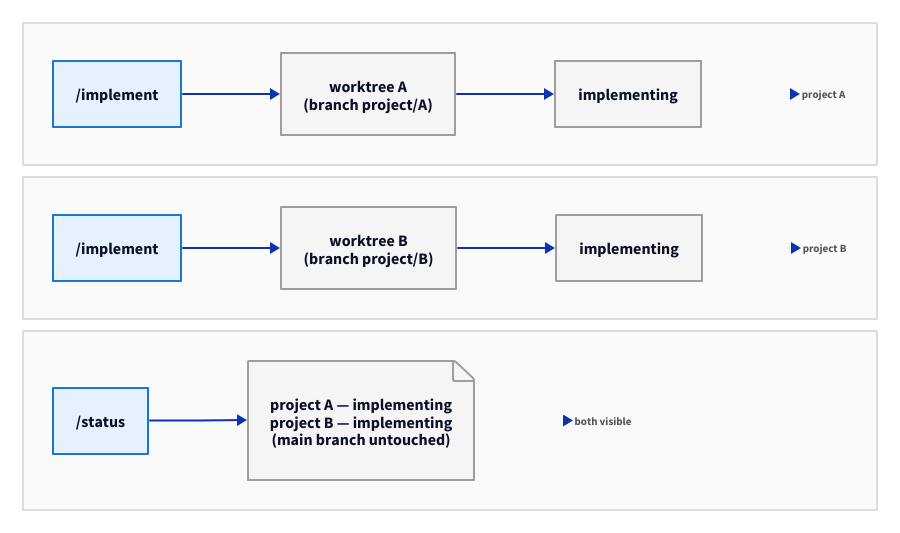
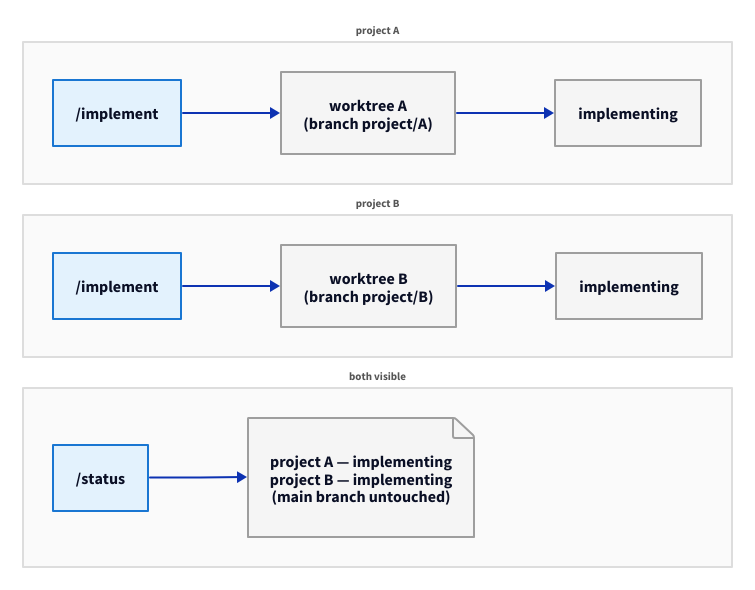
Before and after one commit to bcokert/command-init-orchestrator: the diagram in docs/diagrams/concurrent-projects.d2, drawn with D2. The commit also changed 13 other files, not shown here.

First line of the commit message:
Fix diagram layout: pad, titles above boxes, smaller edge labels, add legend

```diff
--- a/docs/diagrams/concurrent-projects.d2
+++ b/docs/diagrams/concurrent-projects.d2
@@ -1,108 +1,97 @@
 vars: {
   d2-config: {
     layout-engine: dagre
+    pad: 0
   }
   colors: {
     design: "#e3f2fd"
     design-border: "#1976D2"
     impl: "#f5f5f5"
     impl-border: "#9e9e9e"
     qa: "#f3e5f5"
     qa-border: "#7B1FA2"
     archive: "#e8f5e9"
     archive-border: "#388E3C"
     feedback: "#fff3e0"
     feedback-border: "#FF9800"
     lc: "#555555"
   }
 }
 
 grid: "" {
   grid-rows: 3
   grid-gap: 12
   style.stroke: transparent
   style.fill: transparent
 
-  row1: "" {
+  row1: "project A" {
     direction: right
     style.fill: "#fafafa"
     style.stroke: "#dddddd"
+    style.font-size: 11
+    style.bold: true
+    style.font-color: ${colors.lc}
 
     imp_a: /implement {
       style.fill: ${colors.design}
       style.stroke: ${colors.design-border}
     }
     wt_a: "worktree A\n(branch project/A)" {
       style.fill: ${colors.impl}
       style.stroke: ${colors.impl-border}
     }
     tasks_a: implementing {
       style.fill: ${colors.impl}
       style.stroke: ${colors.impl-border}
     }
-    _lbl: project A {
-      shape: text
-      style.font-size: 11
-      style.bold: true
-      style.font-color: ${colors.lc}
-    }
 
     imp_a -> wt_a
     wt_a -> tasks_a
-    tasks_a -> _lbl { style.stroke-width: 0 }
   }
 
-  row2: "" {
+  row2: "project B" {
     direction: right
     style.fill: "#fafafa"
     style.stroke: "#dddddd"
+    style.font-size: 11
+    style.bold: true
+    style.font-color: ${colors.lc}
 
     imp_b: /implement {
       style.fill: ${colors.design}
       style.stroke: ${colors.design-border}
     }
     wt_b: "worktree B\n(branch project/B)" {
       style.fill: ${colors.impl}
       style.stroke: ${colors.impl-border}
     }
     tasks_b: implementing {
       style.fill: ${colors.impl}
       style.stroke: ${colors.impl-border}
     }
-    _lbl: project B {
-      shape: text
-      style.font-size: 11
-      style.bold: true
-      style.font-color: ${colors.lc}
-    }
 
     imp_b -> wt_b
     wt_b -> tasks_b
-    tasks_b -> _lbl { style.stroke-width: 0 }
   }
 
-  row3: "" {
+  row3: "both visible" {
     direction: right
     style.fill: "#fafafa"
     style.stroke: "#dddddd"
+    style.font-size: 11
+    style.bold: true
+    style.font-color: ${colors.lc}
 
     status: /status {
       style.fill: ${colors.design}
       style.stroke: ${colors.design-border}
     }
     table: "project A — implementing\nproject B — implementing\n(main branch untouched)" {
       shape: page
       style.fill: ${colors.impl}
       style.stroke: ${colors.impl-border}
     }
-    _lbl: both visible {
-      shape: text
-      style.font-size: 11
-      style.bold: true
-      style.font-color: ${colors.lc}
-    }
 
     status -> table
-    table -> _lbl { style.stroke-width: 0 }
   }
 }
```
